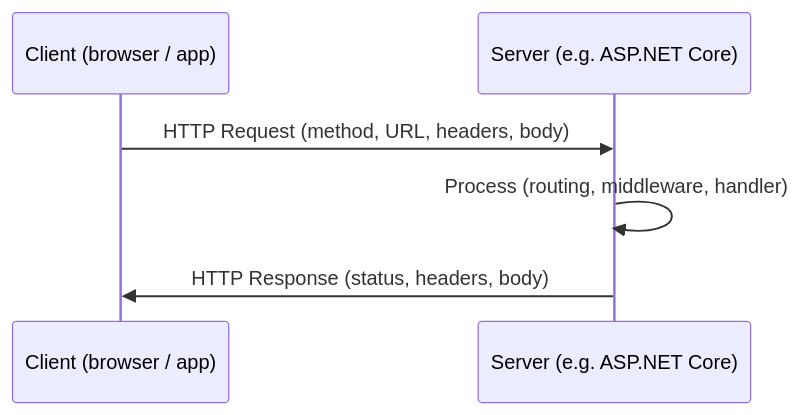
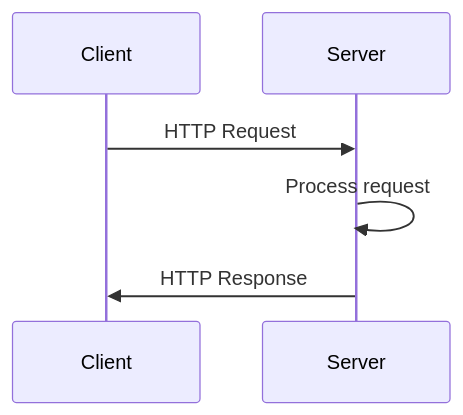
One commit to sridharpolepalli/dotnet-learn changed the sixth of 19 diagrams in ASP.NET-Core-Network-HTTP-Guide.md. Above: the diagram before and after it, drawn with Mermaid. The commit also changed other lines of this file and 1 other file, not shown here.

Commit message:
fixing the mermaid issues

````diff
--- a/ASP.NET-Core-Network-HTTP-Guide.md
+++ b/ASP.NET-Core-Network-HTTP-Guide.md
@@ -387,9 +387,9 @@
 ```mermaid
 sequenceDiagram
-    participant C as Client (browser / app)
-    participant S as Server (e.g. ASP.NET Core)
+    participant C as Client
+    participant S as Server
 
-    C->>S: HTTP Request (method, URL, headers, body)
-    S->>S: Process (routing, middleware, handler)
-    S->>C: HTTP Response (status, headers, body)
+    C->>S: HTTP Request
+    S->>S: Process request
+    S->>C: HTTP Response
 ```
````
